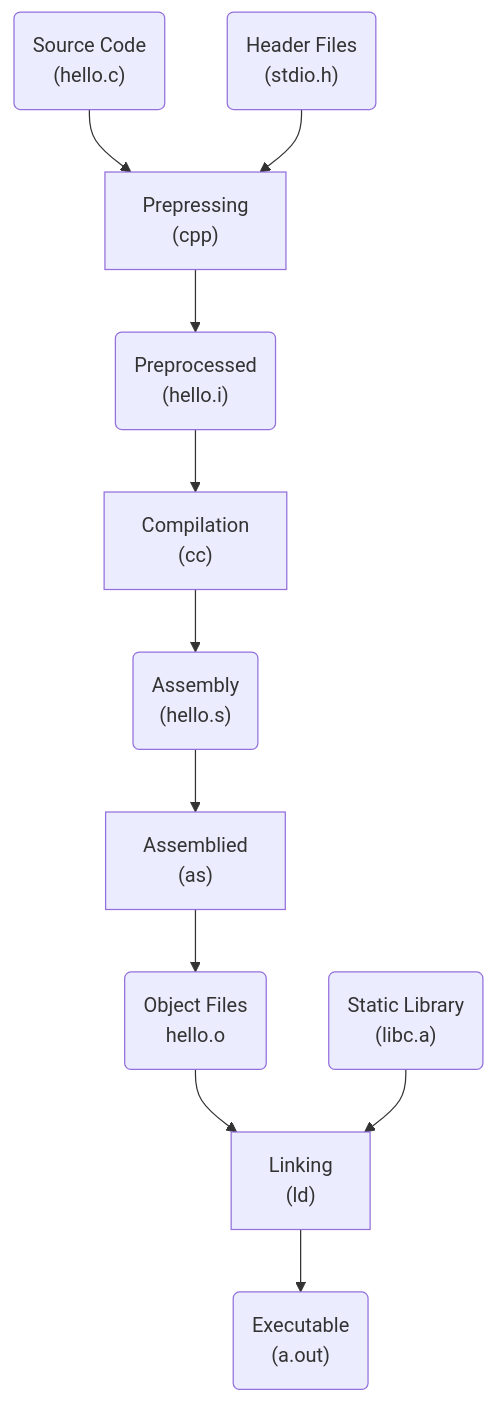
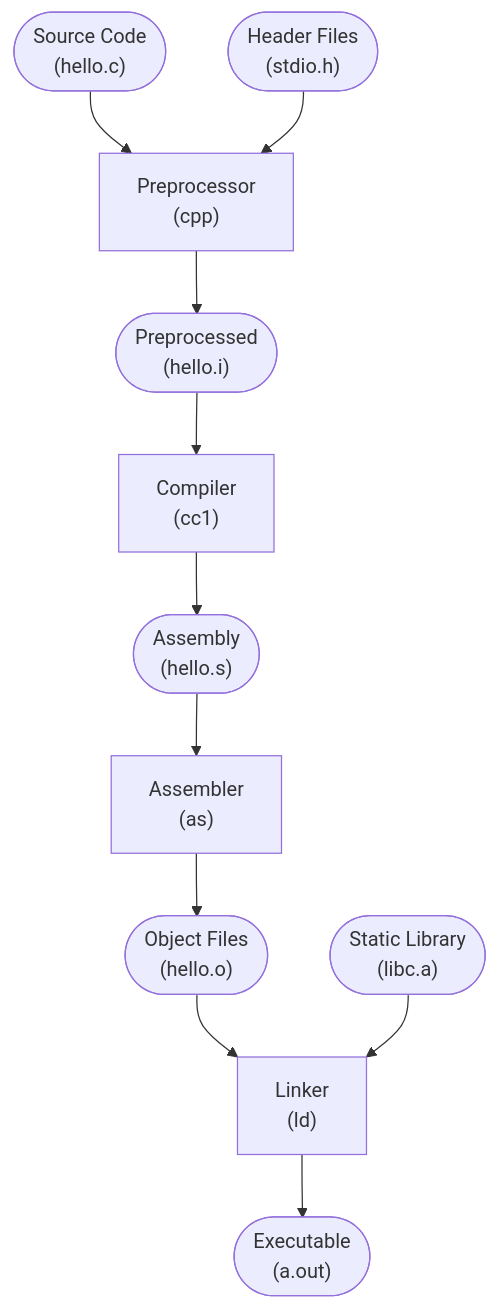
Before and after one commit to whY-note/Note-Library: the second of 3 diagrams in Compiler/Ch1_Overview.md, drawn with Mermaid. The commit also changed other lines of this file and 3 other files, not shown here.

````diff
--- a/Compiler/Ch1_Overview.md
+++ b/Compiler/Ch1_Overview.md
@@ -61,13 +63,13 @@
 ```mermaid
 flowchart TD
-A("Source Code<br/>(hello.c)") --> C["Prepressing<br/>(cpp)"]
-B("Header Files<br/>(stdio.h)") --> C
-C --> D("Preprocessed<br/>(hello.i)") 
-D --> E["Compilation<br/>(cc)"]
-E --> F("Assembly<br/>(hello.s)")
-F --> G["Assemblied<br/>(as)"]
-G --> H("Object Files<br/>hello.o")
-H --> J["Linking<br/>(ld)"]
-I("Static Library<br/>(libc.a)") --> J
-J --> K("Executable<br/>(a.out)")
+A(["Source Code<br/>(hello.c)"]) --> C["Preprocessor<br/>(cpp)"]
+B(["Header Files<br/>(stdio.h)"]) --> C
+C --> D(["Preprocessed<br/>(hello.i)"])
+D --> E["Compiler<br/>(cc1)"]
+E --> F(["Assembly<br/>(hello.s)"])
+F --> G["Assembler<br/>(as)"]
+G --> H(["Object Files<br/>(hello.o)"])
+H --> J["Linker<br/>(ld)"]
+I(["Static Library<br/>(libc.a)"]) --> J
+J --> K(["Executable<br/>(a.out)"])
 ```
````
